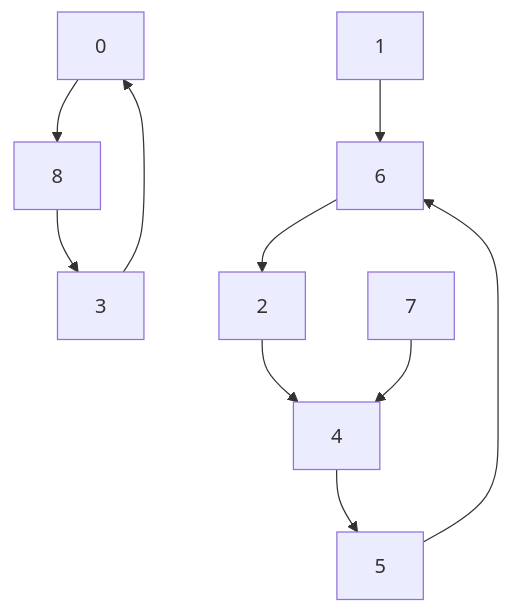
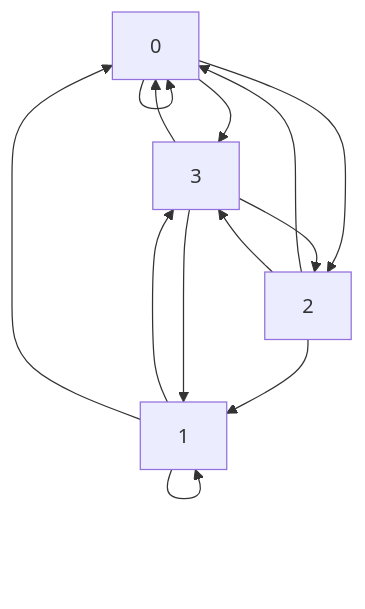
The second of 2 diagrams in test.md (stivio00/GraphSharp), drawn with Mermaid before and after one commit. The commit also changed other lines of this file and 3 other files, not shown here.

````diff
--- a/test.md
+++ b/test.md
@@ -4,12 +27,15 @@
 ```Mermaid
 graph
-	0 --> 8
-	1 --> 6
-	2 --> 4
+	0 --> 0
+	0 --> 3
+	0 --> 2
+	1 --> 3
+	1 --> 0
+	1 --> 1
+	2 --> 1
+	2 --> 0
+	2 --> 3
 	3 --> 0
-	4 --> 5
-	5 --> 6
-	6 --> 2
-	7 --> 4
-	8 --> 3
+	3 --> 2
+	3 --> 1
 ```
````
